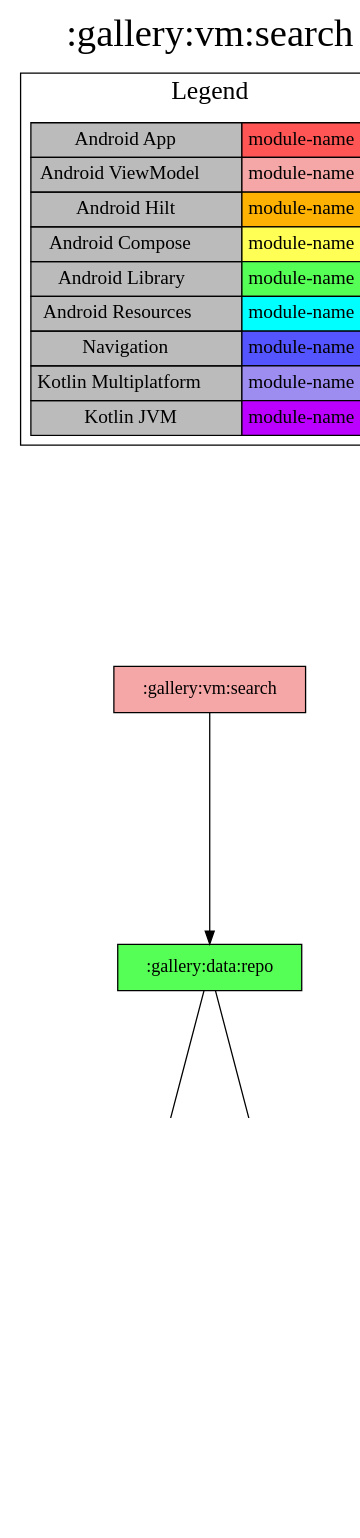
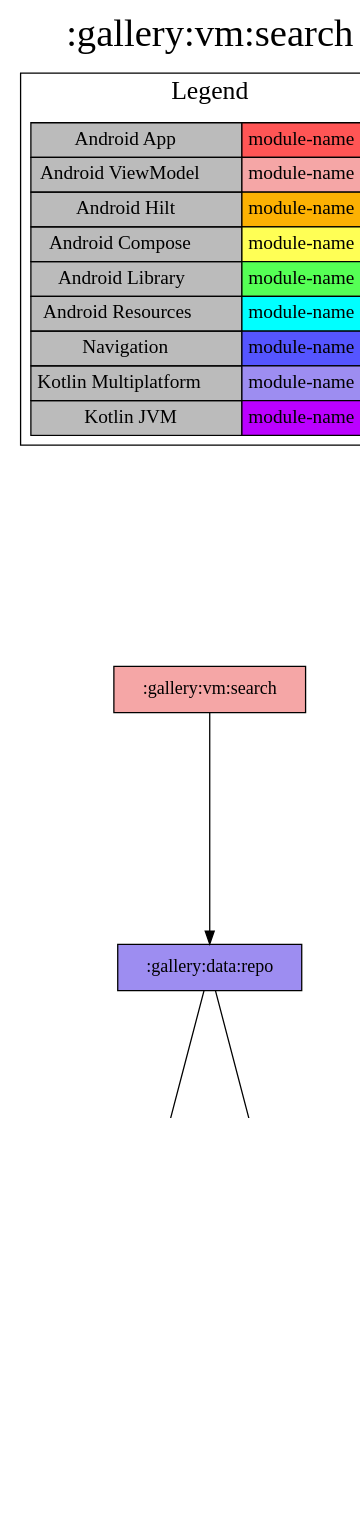
The diagram in modules/gallery/vm/search/project-dependency-graph.dot (jonapoul/nasa-android), drawn with Graphviz before and after one commit. The commit also changed 69 other files, not shown here.

```diff
--- a/modules/gallery/vm/search/project-dependency-graph.dot
+++ b/modules/gallery/vm/search/project-dependency-graph.dot
@@ -1,36 +1,36 @@
 digraph {
 edge ["dir"="forward"]
 graph ["dpi"="100","label"=":gallery:vm:search","labelloc"="t","fontsize"="30","ranksep"="2.5","rankdir"="TB"]
 node ["style"="filled"]
 ":gallery:vm:search" ["fillcolor"="#F5A6A6","shape"="box"]
-":gallery:data:repo" ["fillcolor"="#55FF55","shape"="box"]
+":gallery:data:repo" ["fillcolor"="#9D8DF1","shape"="box"]
 ":db" ["fillcolor"="#9D8DF1","shape"="box"]
 ":gallery:model" ["fillcolor"="#BB00FF","shape"="box"]
 ":gallery:data:api" ["fillcolor"="#BB00FF","shape"="box"]
 {
 edge ["dir"="none"]
 graph ["rank"="same"]
 }
 ":gallery:vm:search" -> ":gallery:data:repo"
 ":gallery:data:repo" -> ":db"
 ":gallery:data:repo" -> ":gallery:data:api"
 ":db" -> ":gallery:model"
 ":gallery:data:api" -> ":gallery:model"
 subgraph "cluster_legend" {
 edge ["dir"="none"]
 graph ["label"="Legend","fontsize"="20"]
 "Legend" ["style"="filled","fillcolor"="#bbbbbb","shape"="none","margin"="0","fontsize"="15","label"=<
 <TABLE BORDER="0" CELLBORDER="1" CELLSPACING="0" CELLPADDING="4">
 <TR><TD>Android App</TD><TD BGCOLOR="#FF5555">module-name</TD></TR>
 <TR><TD>Android ViewModel</TD><TD BGCOLOR="#F5A6A6">module-name</TD></TR>
 <TR><TD>Android Hilt</TD><TD BGCOLOR="#FCB103">module-name</TD></TR>
 <TR><TD>Android Compose</TD><TD BGCOLOR="#FFFF55">module-name</TD></TR>
 <TR><TD>Android Library</TD><TD BGCOLOR="#55FF55">module-name</TD></TR>
 <TR><TD>Android Resources</TD><TD BGCOLOR="#00FFFF">module-name</TD></TR>
 <TR><TD>Navigation</TD><TD BGCOLOR="#5555FF">module-name</TD></TR>
 <TR><TD>Kotlin Multiplatform</TD><TD BGCOLOR="#9D8DF1">module-name</TD></TR>
 <TR><TD>Kotlin JVM</TD><TD BGCOLOR="#BB00FF">module-name</TD></TR>
 </TABLE>
 >]
 } -> ":gallery:vm:search" ["style"="invis"]
 }
```
